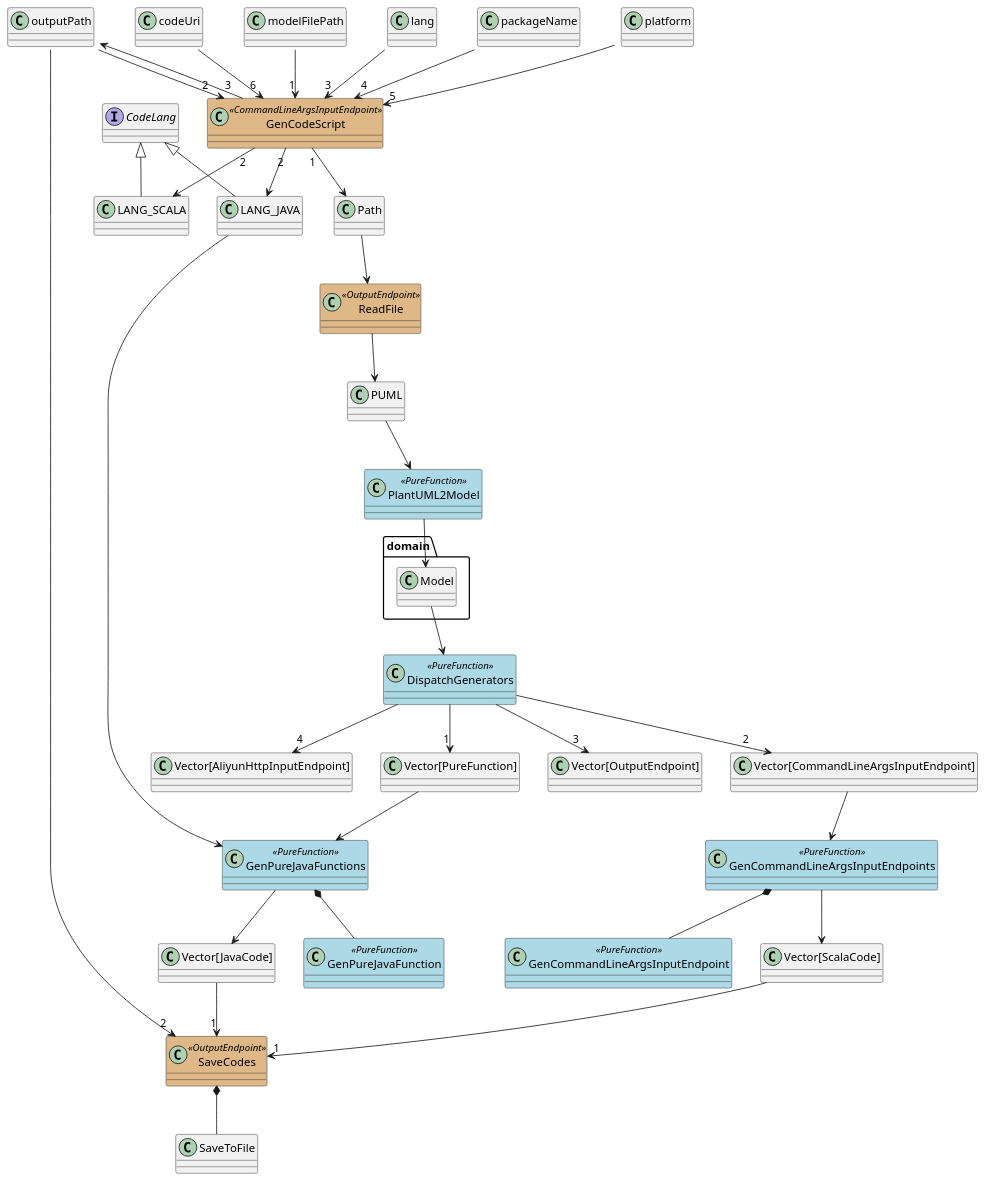
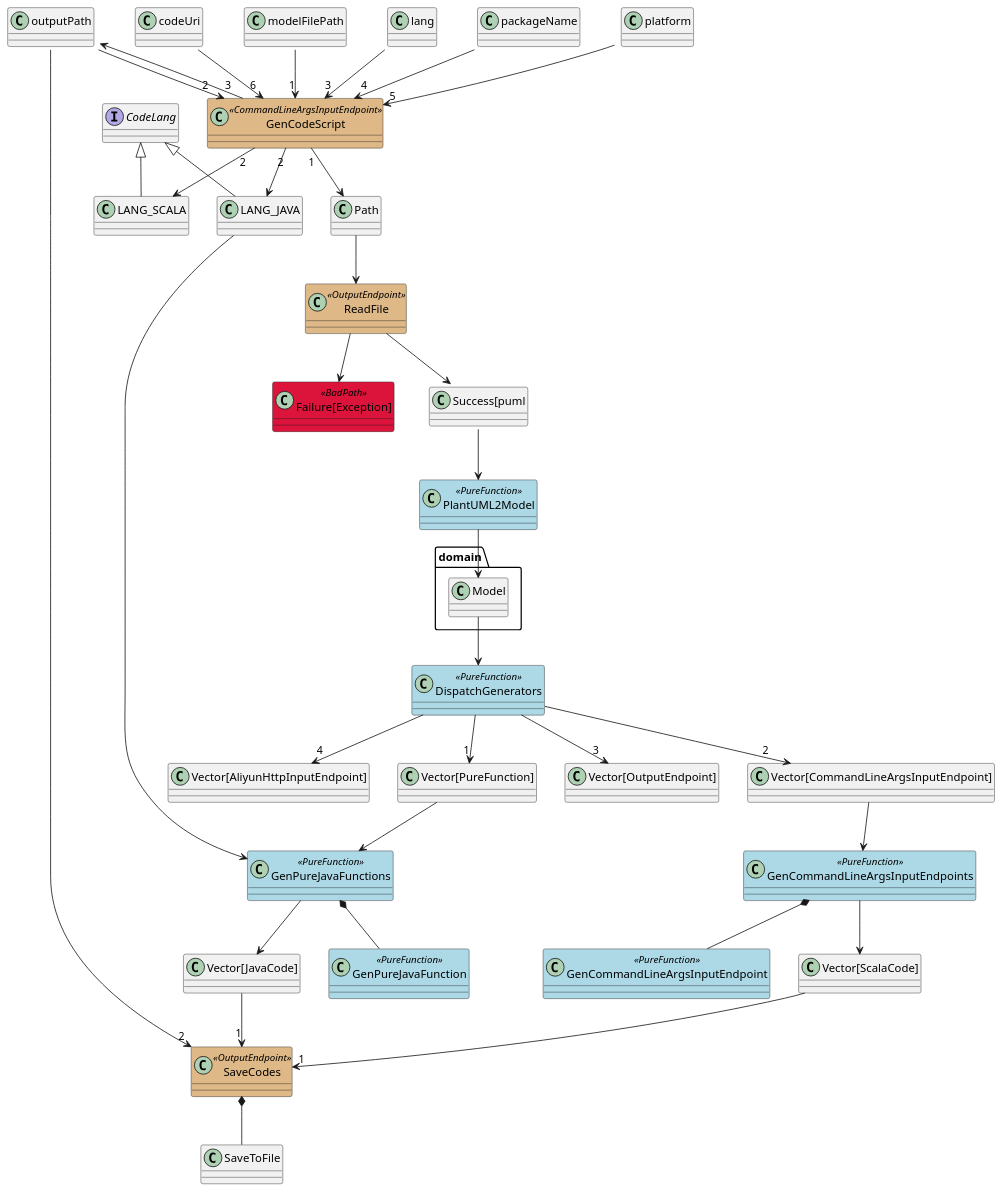
The diagram in typeflow/tooling/GenCode.puml (notyy/TypeFlow), drawn with PlantUML before and after one commit. The commit also changed 7 other files, not shown here.

Commit message:
refactoring PlantUML2Model

```diff
--- a/typeflow/tooling/GenCode.puml
+++ b/typeflow/tooling/GenCode.puml
@@ -1,54 +1,57 @@
 @startuml
 skinparam class {
 	BackgroundColor<<CommandLineInputEndpoint>> BurlyWood
 	BackgroundColor<<CommandLineArgsInputEndpoint>> BurlyWood
 	BackgroundColor<<AliyunHttpInputEndpoint>> BurlyWood
 	BackgroundColor<<OutputEndpoint>> BurlyWood
 	BackgroundColor<<PureFunction>> LightBlue
+	BackgroundColor<<BadPath>> Crimson
 }
 'class System << (S,#FF7700) Singleton >>
 
 class GenCodeScript <<CommandLineArgsInputEndpoint>>
 class ReadFile <<OutputEndpoint>>
 class PlantUML2Model <<PureFunction>>
 class GenPureJavaFunctions <<PureFunction>>
 class GenPureJavaFunction <<PureFunction>>
 class GenCommandLineArgsInputEndpoints <<PureFunction>>
 class GenCommandLineArgsInputEndpoint <<PureFunction>>
 class DispatchGenerators <<PureFunction>>
 class SaveCodes <<OutputEndpoint>>
+class "Failure[Exception]" <<BadPath>>
 interface CodeLang
 CodeLang <|-- LANG_JAVA
 CodeLang <|-- LANG_SCALA
 
 modelFilePath::String --> "1" GenCodeScript
 outputPath::String --> "2" GenCodeScript
 lang::String --> "3" GenCodeScript
 packageName::String --> "4" GenCodeScript
 platform::String --> "5" GenCodeScript
 codeUri::String --> "6" GenCodeScript
 GenCodeScript "1" --> Path
 GenCodeScript "2" --> LANG_JAVA
 GenCodeScript "2" --> LANG_SCALA
 GenCodeScript "3" --> outputPath::Path
 LANG_JAVA -> GenPureJavaFunctions
 Path --> ReadFile
-ReadFile --> PUML
-PUML --> PlantUML2Model
+ReadFile --> "Success[puml::String]"
+ReadFile --> "Failure[Exception]"
+"Success[puml::String]" --> PlantUML2Model
 PlantUML2Model --> domain.Model
 domain.Model --> DispatchGenerators
 DispatchGenerators --> "1" "Vector[PureFunction]"
 DispatchGenerators --> "2" "Vector[CommandLineArgsInputEndpoint]"
 DispatchGenerators --> "3" "Vector[OutputEndpoint]"
 DispatchGenerators --> "4" "Vector[AliyunHttpInputEndpoint]"
 "Vector[PureFunction]" --> GenPureJavaFunctions
 GenPureJavaFunctions --> "Vector[JavaCode]"
 GenPureJavaFunctions *-- GenPureJavaFunction
 "Vector[CommandLineArgsInputEndpoint]" --> GenCommandLineArgsInputEndpoints
 GenCommandLineArgsInputEndpoints --> "Vector[ScalaCode]"
 GenCommandLineArgsInputEndpoints *-- GenCommandLineArgsInputEndpoint
 "Vector[ScalaCode]" --> "1" SaveCodes
 "Vector[JavaCode]" --> "1" SaveCodes
 outputPath::Path --> "2" SaveCodes
 SaveCodes *-- SaveToFile
 @enduml
```
